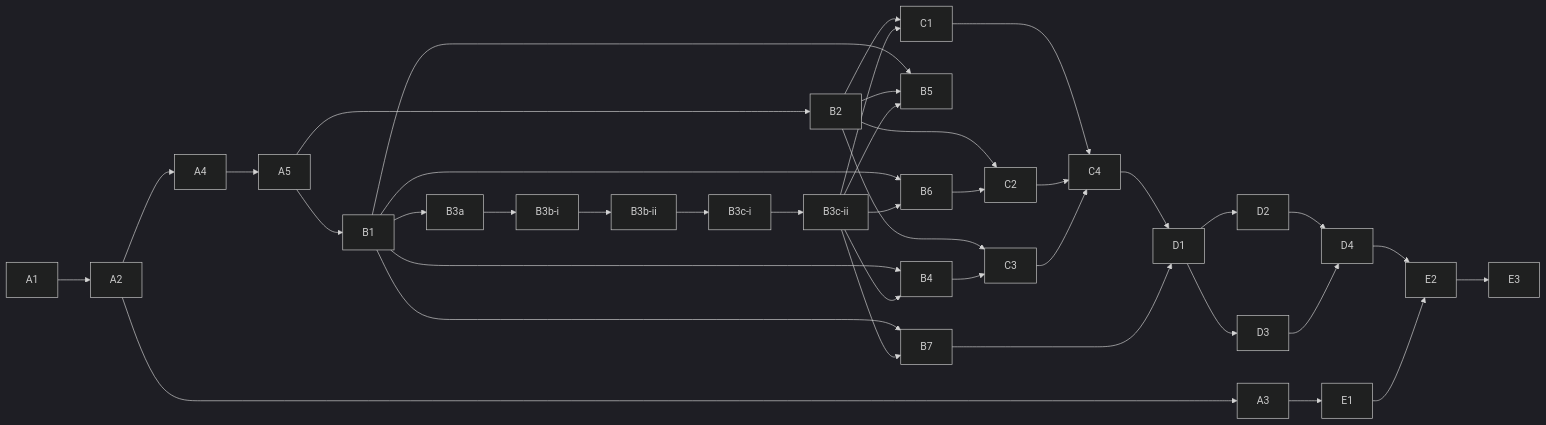
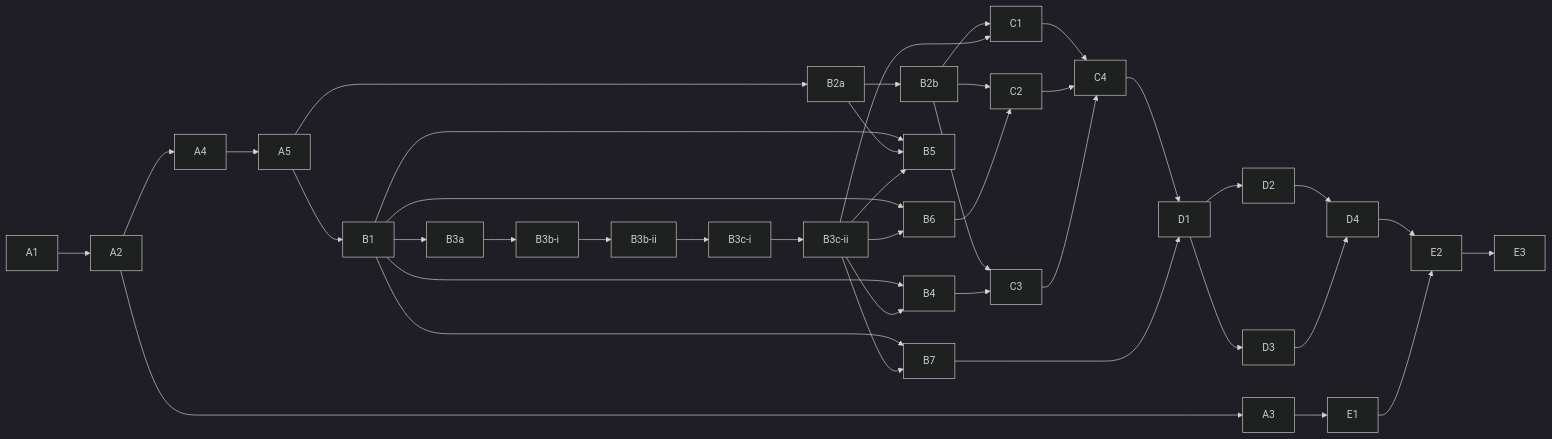
The diagram in tasks/BACKLOG.md (andreavadacchino/cPanel_self-migration), drawn with Mermaid (dark theme) before and after one commit. The commit also changed other lines of this file and 16 other files, not shown here.

````diff
--- a/tasks/BACKLOG.md
+++ b/tasks/BACKLOG.md
@@ -71,36 +87,36 @@
 ```mermaid
 graph LR
   A1-->A2
   A2-->A3
   A2-->A4-->A5
   A5-->B1
-  A5-->B2
+  A5-->B2a-->B2b
   B1-->B3a-->B3b-i-->B3b-ii-->B3c-i-->B3c-ii
   B1-->B4
   B3c-ii-->B4
   B1-->B5
-  B2-->B5
+  B2a-->B5
   B3c-ii-->B5
   B1-->B6
   B3c-ii-->B6
   B1-->B7
   B3c-ii-->B7
-  B2-->C1
+  B2b-->C1
   B3c-ii-->C1
-  B2-->C2
+  B2b-->C2
   B6-->C2
-  B2-->C3
+  B2b-->C3
   B4-->C3
   C1-->C4
   C2-->C4
   C3-->C4
   C4-->D1
   B7-->D1
   D1-->D2
   D1-->D3
   D2-->D4
   D3-->D4
   A3-->E1
   D4-->E2
   E1-->E2-->E3
 ```
````
